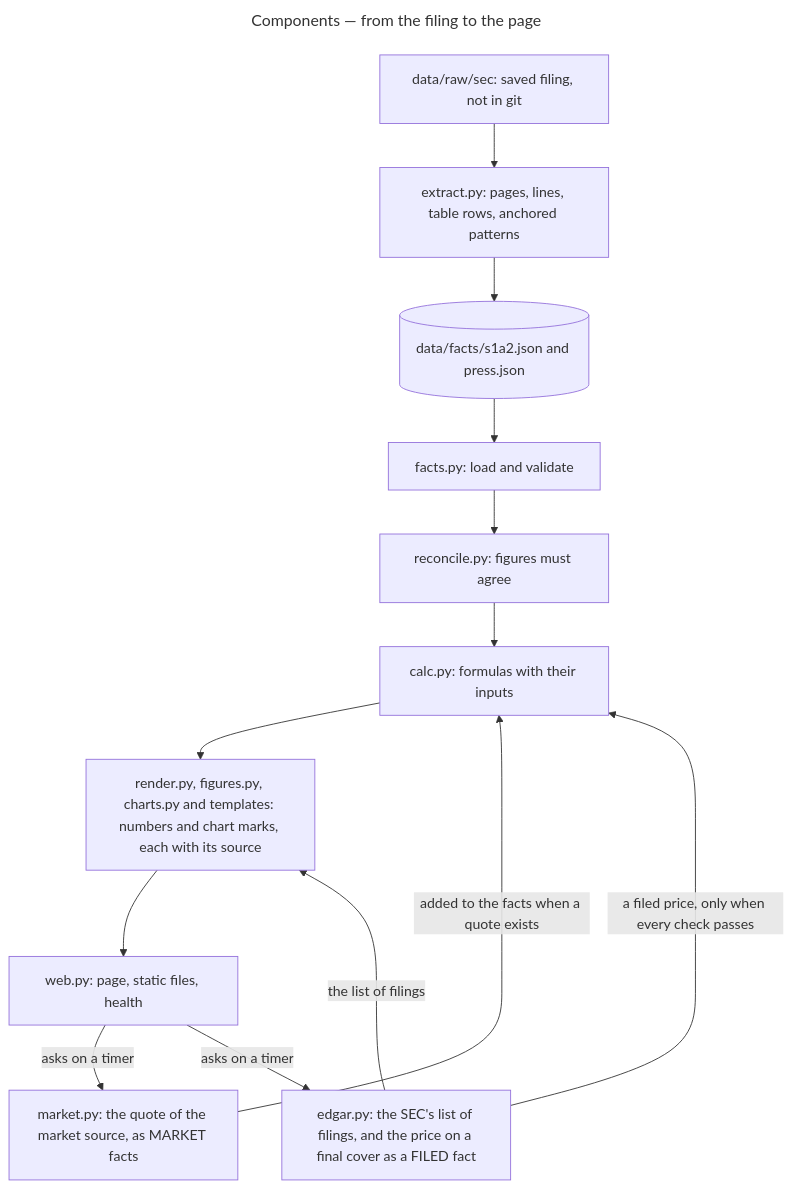
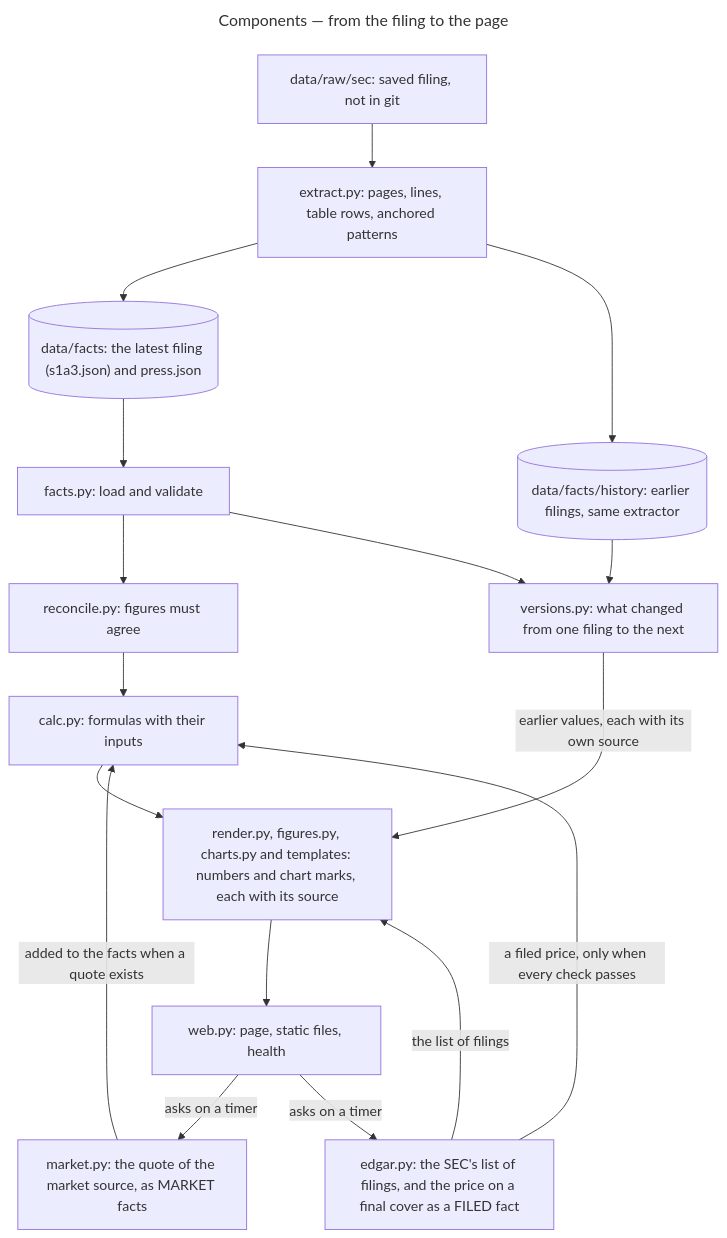
The second of 3 diagrams in ARCHITECTURE.md (sonixz/monitor-anthropic-ipo), drawn with Mermaid before and after one commit. The commit also changed other lines of this file and 17 other files, not shown here.

````diff
--- a/ARCHITECTURE.md
+++ b/ARCHITECTURE.md
@@ -38,22 +38,26 @@
 ```mermaid
 ---
 title: Components — from the filing to the page
 ---
 flowchart TB
   raw["data/raw/sec: saved filing, not in git"]
   extract["extract.py: pages, lines, table rows, anchored patterns"]
-  facts[("data/facts/s1a2.json and press.json")]
+  facts[("data/facts: the latest filing (s1a3.json) and press.json")]
+  history[("data/facts/history: earlier filings, same extractor")]
+  versions["versions.py: what changed from one filing to the next"]
   load["facts.py: load and validate"]
   reconcile["reconcile.py: figures must agree"]
   calc["calc.py: formulas with their inputs"]
   market["market.py: the quote of the market source, as MARKET facts"]
   edgar["edgar.py: the SEC's list of filings, and the price on a final cover as a FILED fact"]
   render["render.py, figures.py, charts.py and templates: numbers and chart marks, each with its source"]
   web["web.py: page, static files, health"]
   raw --> extract --> facts --> load --> reconcile --> calc --> render --> web
+  extract --> history --> versions
+  load --> versions -->|"earlier values, each with its own source"| render
   market -->|"added to the facts when a quote exists"| calc
   web -->|"asks on a timer"| market
   edgar -->|"a filed price, only when every check passes"| calc
   edgar -->|"the list of filings"| render
   web -->|"asks on a timer"| edgar
 ```
````
